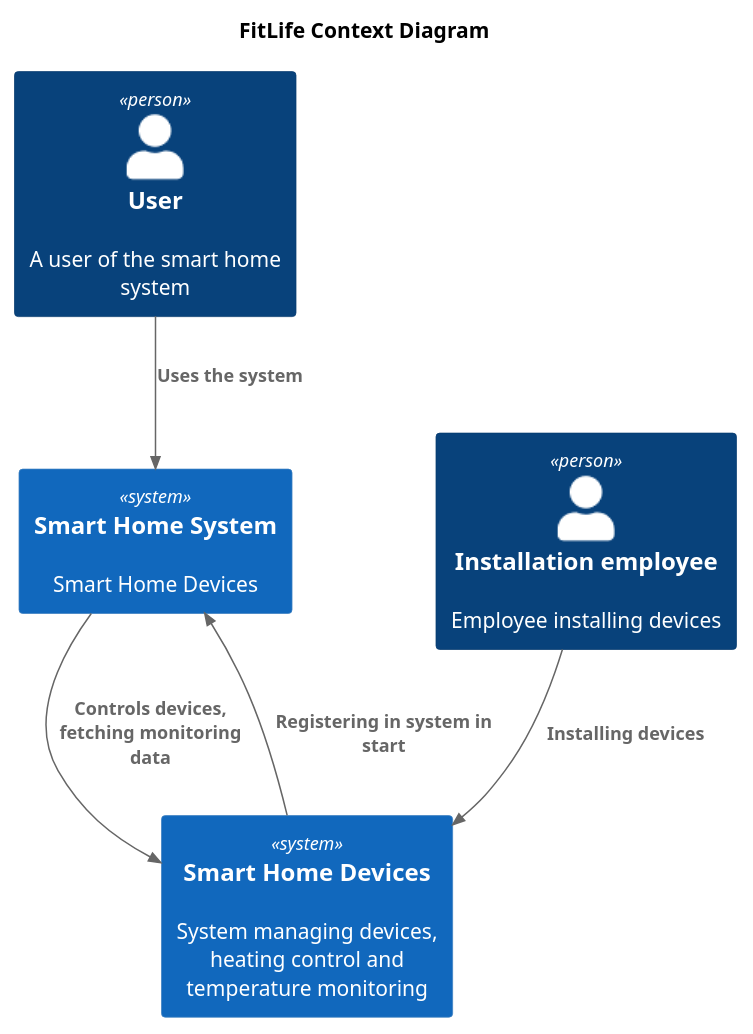
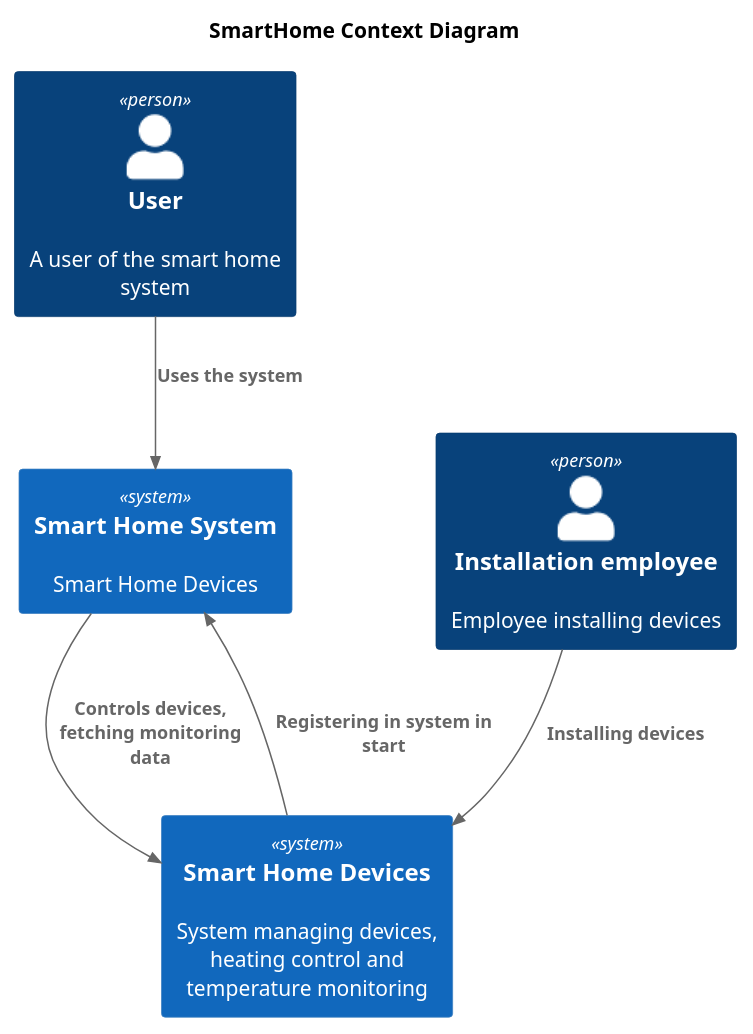
Before and after one commit to drunkendolphin2-ai/architecture-warmhouse: the diagram in diagrams/context/SmartHome_Context.puml, drawn with PlantUML.

Commit message:
add plant uml generation

```diff
--- a/diagrams/context/SmartHome_Context.puml
+++ b/diagrams/context/SmartHome_Context.puml
@@ -1,18 +1,18 @@
 @startuml
-title FitLife Context Diagram
+title SmartHome Context Diagram
 
 top to bottom direction
 
-!includeurl https://raw.githubusercontent.com/RicardoNiepel/C4-PlantUML/master/C4_Component.puml
+!includeurl https://raw.githubusercontent.com/RicardoNiepel/C4-PlantUML/master/C4_Context.puml
 
 Person(user, "User", "A user of the smart home system")
 Person(employee, "Installation employee", "Employee installing devices")
 System(SmartHomeDevices, "Smart Home Devices", "System managing devices, heating control and temperature monitoring")
 System(SmartHomeSystem, "Smart Home System", "Smart Home Devices")
 
 Rel(user, SmartHomeSystem, "Uses the system")
 Rel(employee,SmartHomeDevices,"Installing devices")
 Rel(SmartHomeSystem,SmartHomeDevices,"Controls devices, fetching monitoring data")
 Rel(SmartHomeDevices,SmartHomeSystem,"Registering in system in start")
 
 @enduml
```
